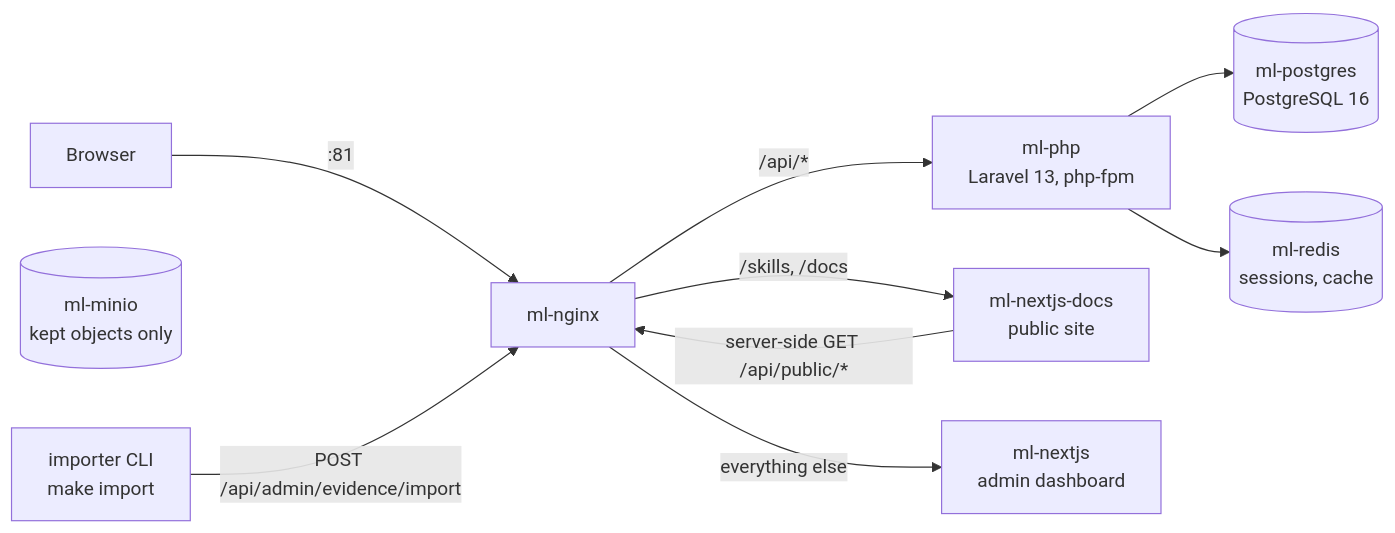
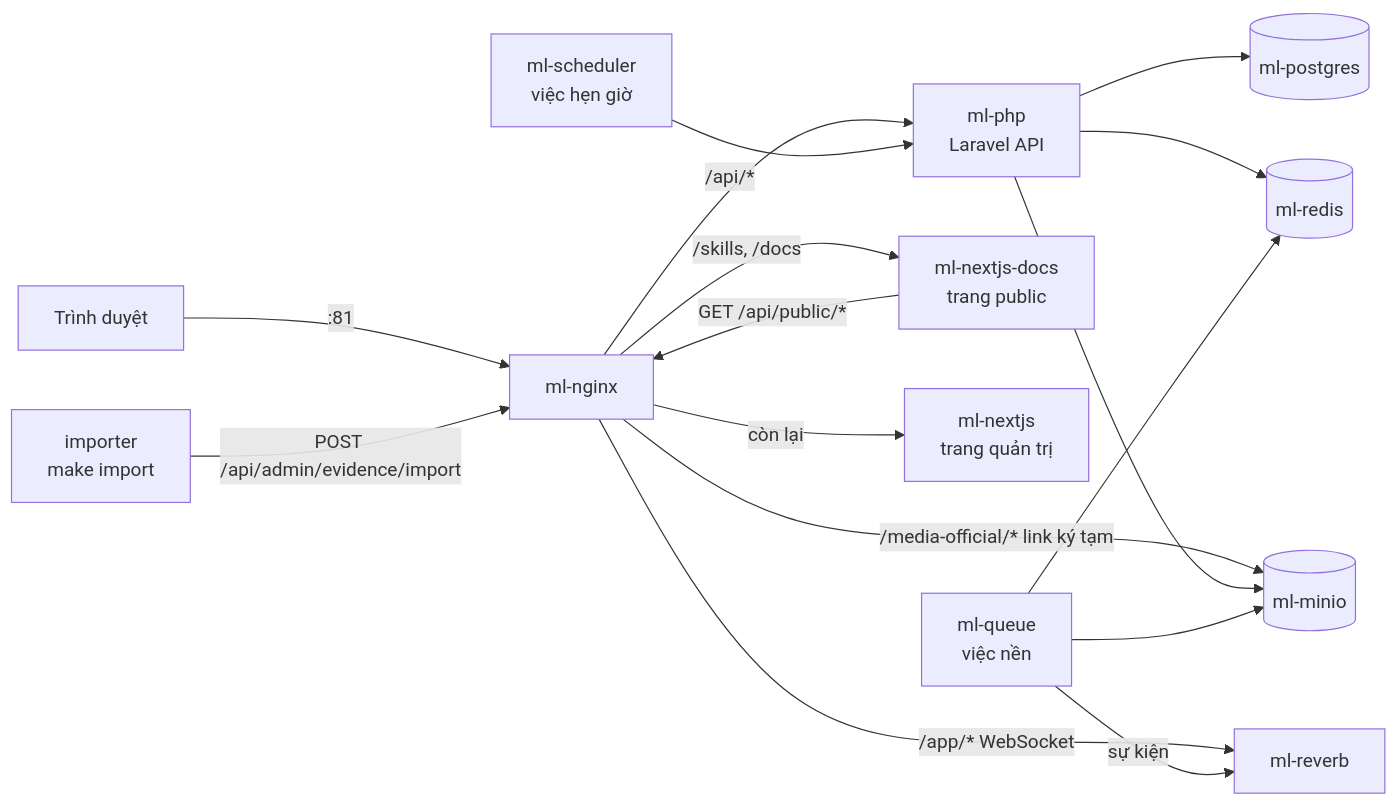
One commit to VinhDV-MCWAI/second_memory changed the first of 2 diagrams in docs/architecture/current.md. Above: the diagram before and after it, drawn with Mermaid. The commit also changed other lines of this file, not shown here.

Commit message:
docs: rewrite the current architecture in Vietnamese (files, jobs, permissions, departments)

````diff
--- a/docs/architecture/current.md
+++ b/docs/architecture/current.md
@@ -13,12 +7,18 @@
 ```mermaid
 flowchart LR
-    B[Browser] -->|:81| N[ml-nginx]
-    N -->|/api/*| P[ml-php<br/>Laravel 13, php-fpm]
-    N -->|/skills, /docs| D[ml-nextjs-docs<br/>public site]
-    N -->|everything else| F[ml-nextjs<br/>admin dashboard]
-    D -->|server-side GET /api/public/*| N
-    P --> PG[(ml-postgres<br/>PostgreSQL 16)]
-    P --> R[(ml-redis<br/>sessions, cache)]
-    M[(ml-minio<br/>kept objects only)]
-    I[importer CLI<br/>make import] -->|POST /api/admin/evidence/import| N
+    B[Trình duyệt] -->|:81| N[ml-nginx]
+    N -->|/api/*| P[ml-php<br/>Laravel API]
+    N -->|/app/* WebSocket| R2[ml-reverb]
+    N -->|/media-official/* link ký tạm| M[(ml-minio)]
+    N -->|/skills, /docs| D[ml-nextjs-docs<br/>trang public]
+    N -->|còn lại| F[ml-nextjs<br/>trang quản trị]
+    D -->|GET /api/public/*| N
+    P --> PG[(ml-postgres)]
+    P --> R[(ml-redis)]
+    P --> M
+    Q[ml-queue<br/>việc nền] --> R
+    Q --> M
+    S[ml-scheduler<br/>việc hẹn giờ] --> P
+    Q -->|sự kiện| R2
+    I[importer<br/>make import] -->|POST /api/admin/evidence/import| N
 ```
````
